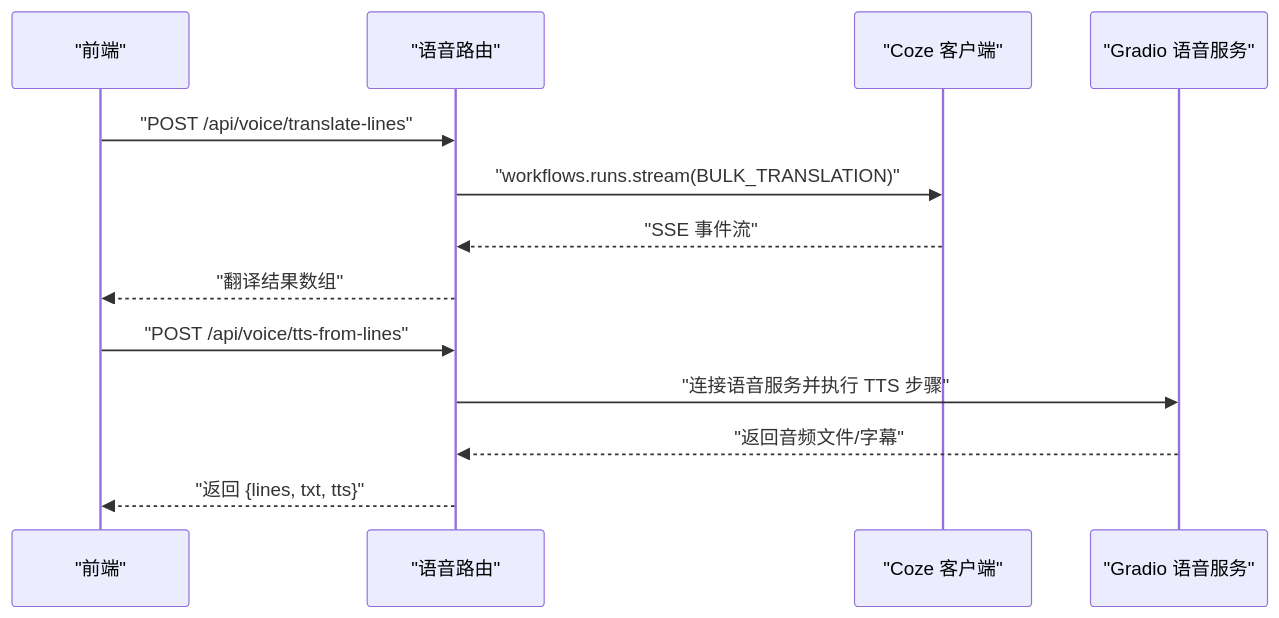
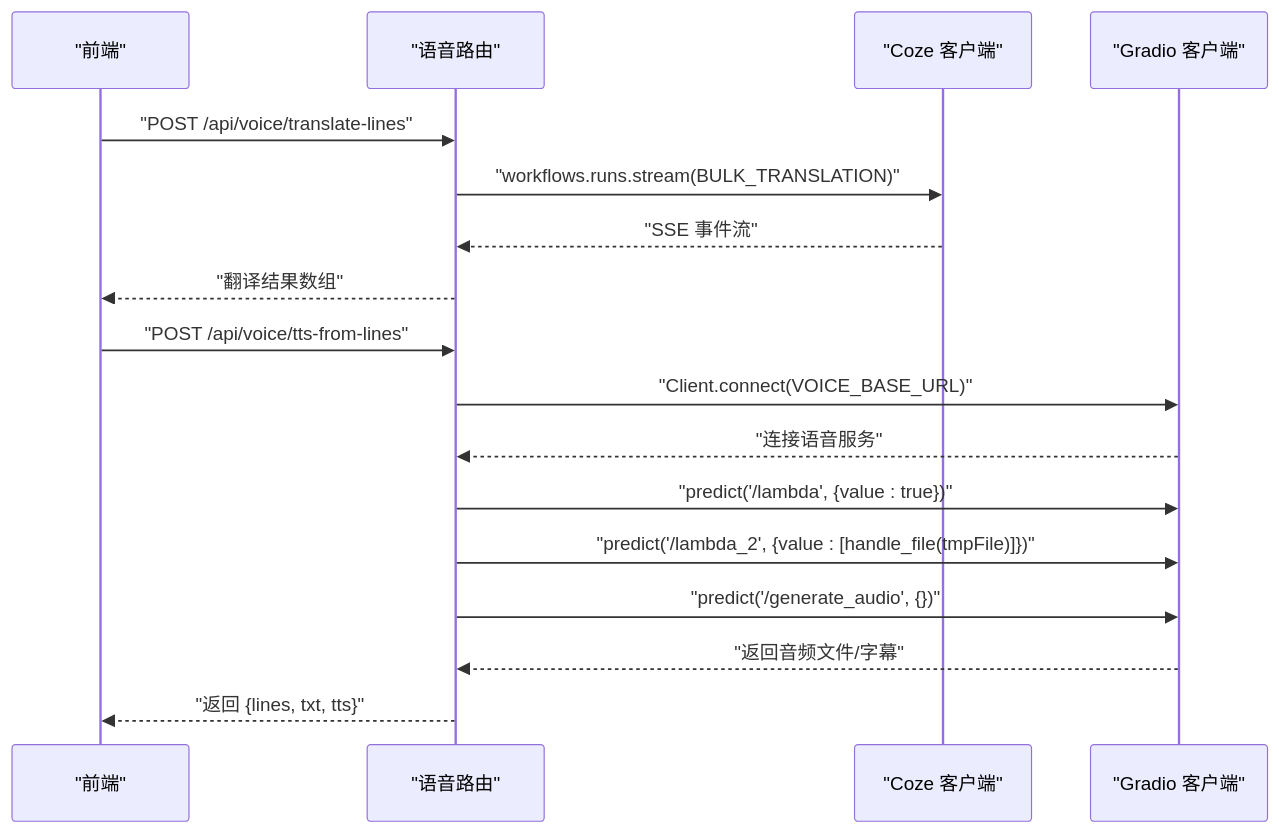
One commit to hanksd769-droid/sailshub changed the sixth of 8 diagrams in .qoder/repowiki/zh/content/API 接口文档/API 接口文档.md. Above: the diagram before and after it, drawn with Mermaid. The commit also changed other lines of this file and 6 other files, not shown here.

````diff
--- a/.qoder/repowiki/zh/content/API 接口文档/API 接口文档.md
+++ b/.qoder/repowiki/zh/content/API 接口文档/API 接口文档.md
@@ -333,15 +361,19 @@
 ```mermaid
 sequenceDiagram
 participant FE as "前端"
 participant V as "语音路由"
 participant C as "Coze 客户端"
-participant G as "Gradio 语音服务"
+participant G as "Gradio 客户端"
 FE->>V : "POST /api/voice/translate-lines"
 V->>C : "workflows.runs.stream(BULK_TRANSLATION)"
 C-->>V : "SSE 事件流"
 V-->>FE : "翻译结果数组"
 FE->>V : "POST /api/voice/tts-from-lines"
-V->>G : "连接语音服务并执行 TTS 步骤"
+V->>G : "Client.connect(VOICE_BASE_URL)"
+G-->>V : "连接语音服务"
+V->>G : "predict('/lambda', {value : true})"
+V->>G : "predict('/lambda_2', {value : [handle_file(tmpFile)]})"
+V->>G : "predict('/generate_audio', {})"
 G-->>V : "返回音频文件/字幕"
 V-->>FE : "返回 {lines, txt, tts}"
 ```
````
